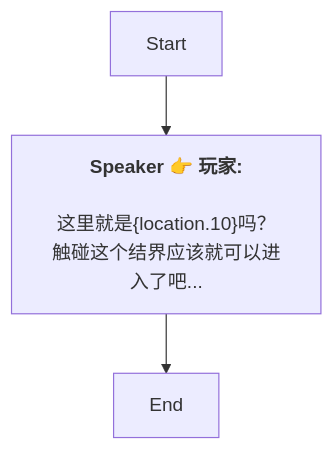
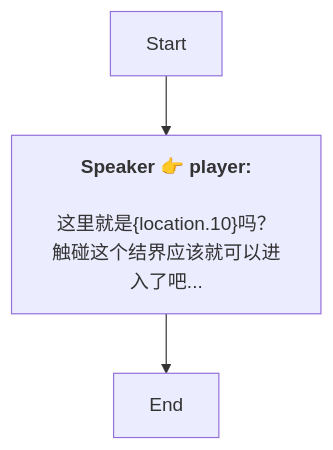
The diagram in Zh/QuestStartTalkENode_1749521427653894.md (SoftHu/tos_avg), drawn with Mermaid before and after one commit. The commit also changed 737 other files, not shown here.

````diff
--- a/Zh/QuestStartTalkENode_1749521427653894.md
+++ b/Zh/QuestStartTalkENode_1749521427653894.md
@@ -1,9 +1,8 @@
 ```mermaid
 graph
-Start -->1749521508459785[<b>Speaker 👉 玩家:</b>
-
-这里就是&lbrace;location.10&rbrace;吗？
+Start -->1749521508459785[<b>Speaker 👉 player:</b>
+\n这里就是&lbrace;location.10&rbrace;吗？
 触碰这个结界应该就可以进入了吧...]
 1749521508459785 -->1749521514432778[End]
 
- ```
+```
````
